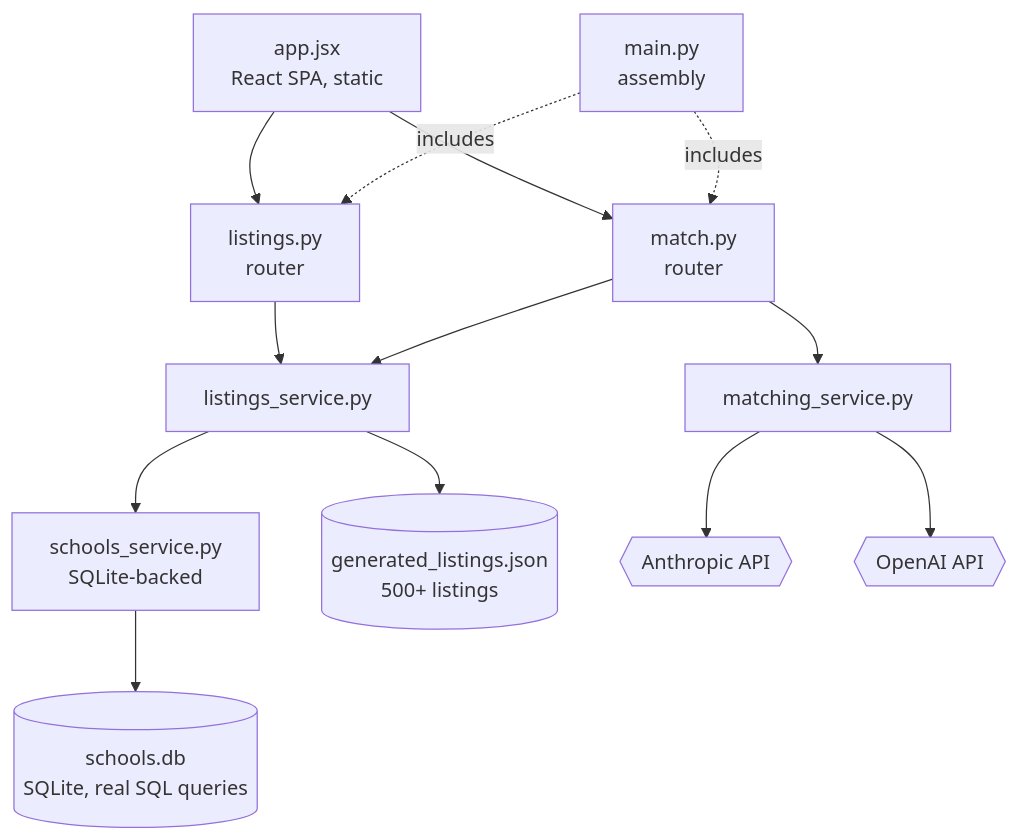
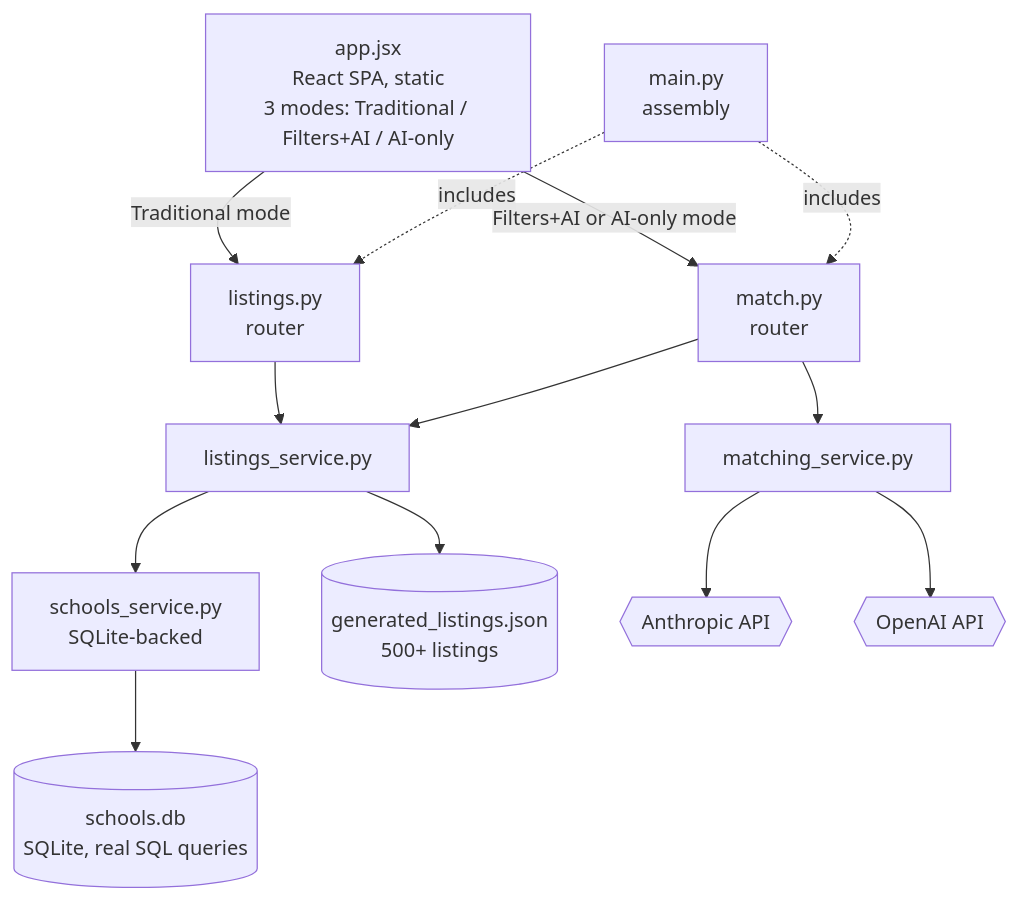
One commit to KhushbuVaishnav/HomeLens changed the second of 6 diagrams in docs/architecture.md. Above: the diagram before and after it, drawn with Mermaid. The commit also changed other lines of this file and 2 other files, not shown here.

Commit message:
Implement 3-mode search UI with corresponding state management and styling updates

````diff
--- a/docs/architecture.md
+++ b/docs/architecture.md
@@ -63,27 +61,27 @@
 ```mermaid
 flowchart TD
-    Frontend["app.jsx<br/>React SPA, static"]
+    Frontend["app.jsx<br/>React SPA, static<br/>3 modes: Traditional / Filters+AI / AI-only"]
     Main["main.py<br/>assembly"]
     ListingsRouter["listings.py<br/>router"]
     MatchRouter["match.py<br/>router"]
     ListingsService["listings_service.py"]
     MatchingService["matching_service.py"]
     SchoolsService["schools_service.py<br/>SQLite-backed"]
     GeneratedData[("generated_listings.json<br/>500+ listings")]
     SchoolsData[("schools.db<br/>SQLite, real SQL queries")]
     Anthropic{{"Anthropic API"}}
     OpenAI{{"OpenAI API"}}
 
-    Frontend --> ListingsRouter
-    Frontend --> MatchRouter
+    Frontend -->|Traditional mode| ListingsRouter
+    Frontend -->|"Filters+AI or AI-only mode"| MatchRouter
     Main -. includes .-> ListingsRouter
     Main -. includes .-> MatchRouter
     ListingsRouter --> ListingsService
     MatchRouter --> ListingsService
     MatchRouter --> MatchingService
     ListingsService --> SchoolsService
     ListingsService --> GeneratedData
     SchoolsService --> SchoolsData
     MatchingService --> Anthropic
     MatchingService --> OpenAI
 ```
````
